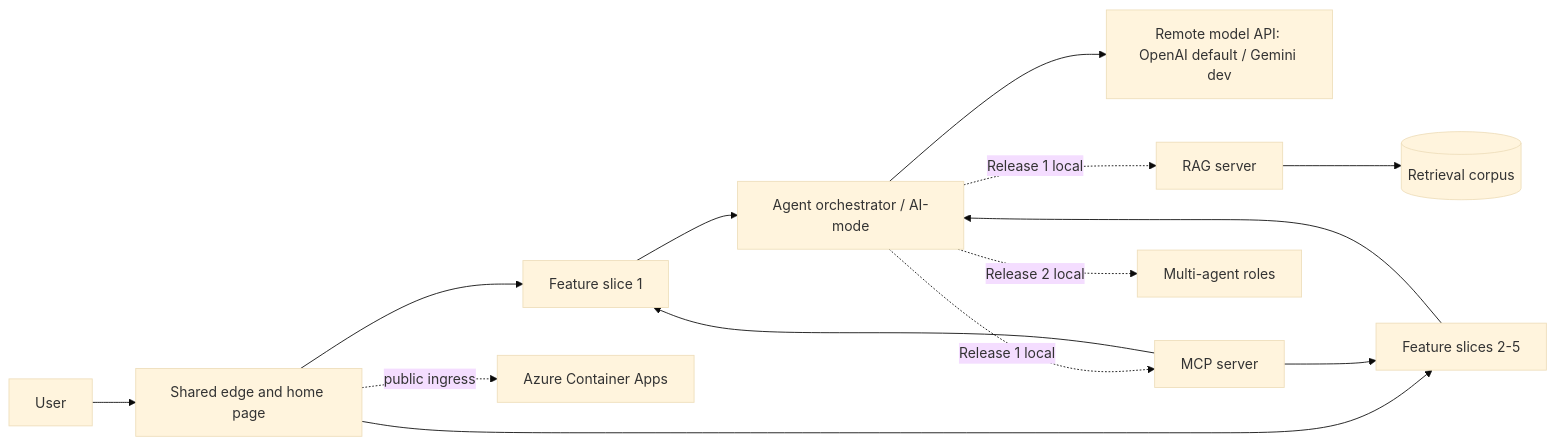
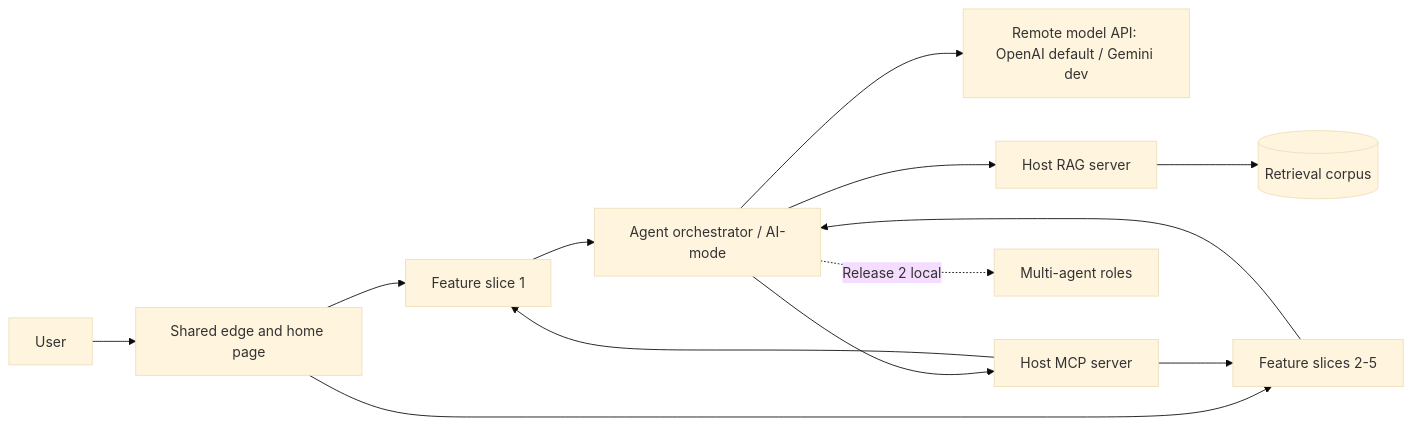
Before and after one commit to MattShelton04/41026ASDProject: the first of 3 diagrams in docs/architecture/shared-platform-design.md, drawn with Mermaid (base theme). The commit also changed other lines of this file and 19 other files, not shown here.

Commit message:
docs(release-1): capture architecture validation and feature adoption handoff

````diff
--- a/docs/architecture/shared-platform-design.md
+++ b/docs/architecture/shared-platform-design.md
@@ -352,16 +378,15 @@
 ```mermaid
 flowchart LR
     U[User] --> E[Shared edge and home page]
     E --> F1[Feature slice 1]
     E --> FN[Feature slices 2-5]
     F1 --> O[Agent orchestrator / AI-mode]
     FN --> O
     O --> L[Remote model API: OpenAI default / Gemini dev]
-    O -. Release 1 local .-> M[MCP server]
-    O -. Release 1 local .-> R[RAG server]
+    O --> M[Host MCP server]
+    O --> R[Host RAG server]
     O -. Release 2 local .-> A[Multi-agent roles]
     M --> F1
     M --> FN
     R --> C[(Retrieval corpus)]
-    E -. public ingress .-> AZ[Azure Container Apps]
 ```
````
